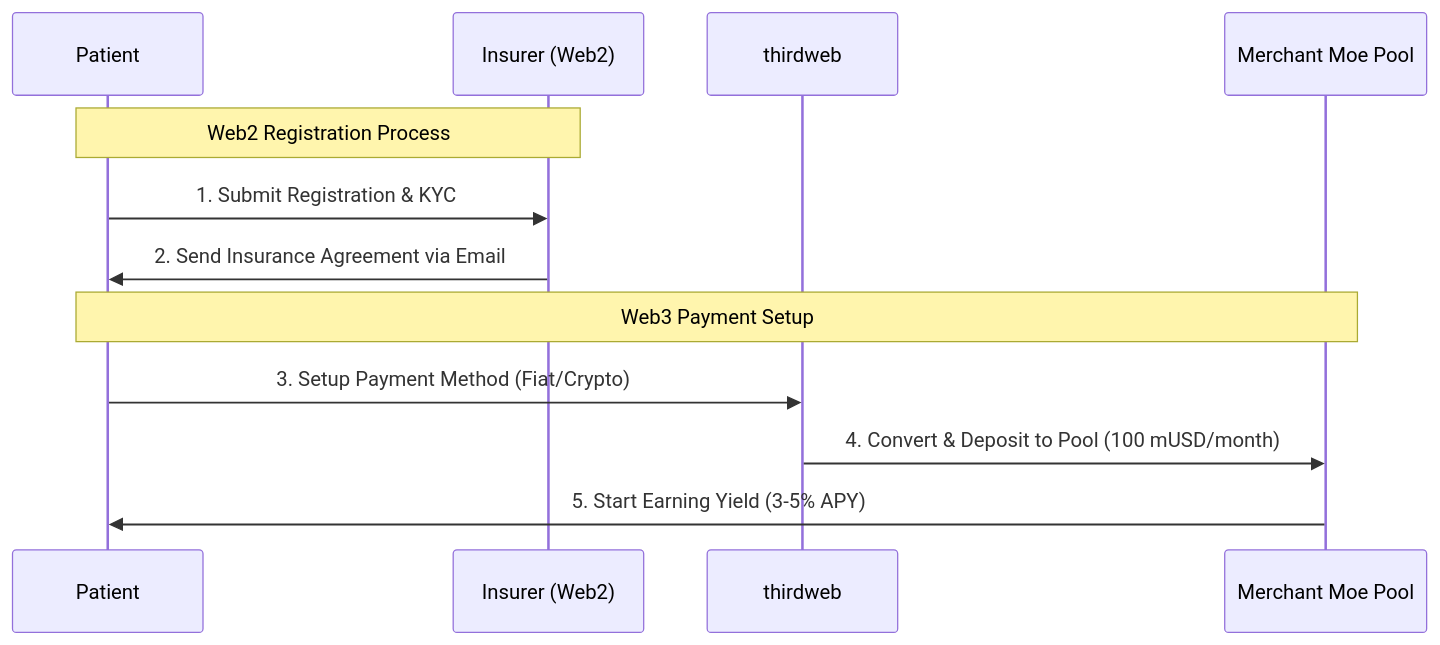
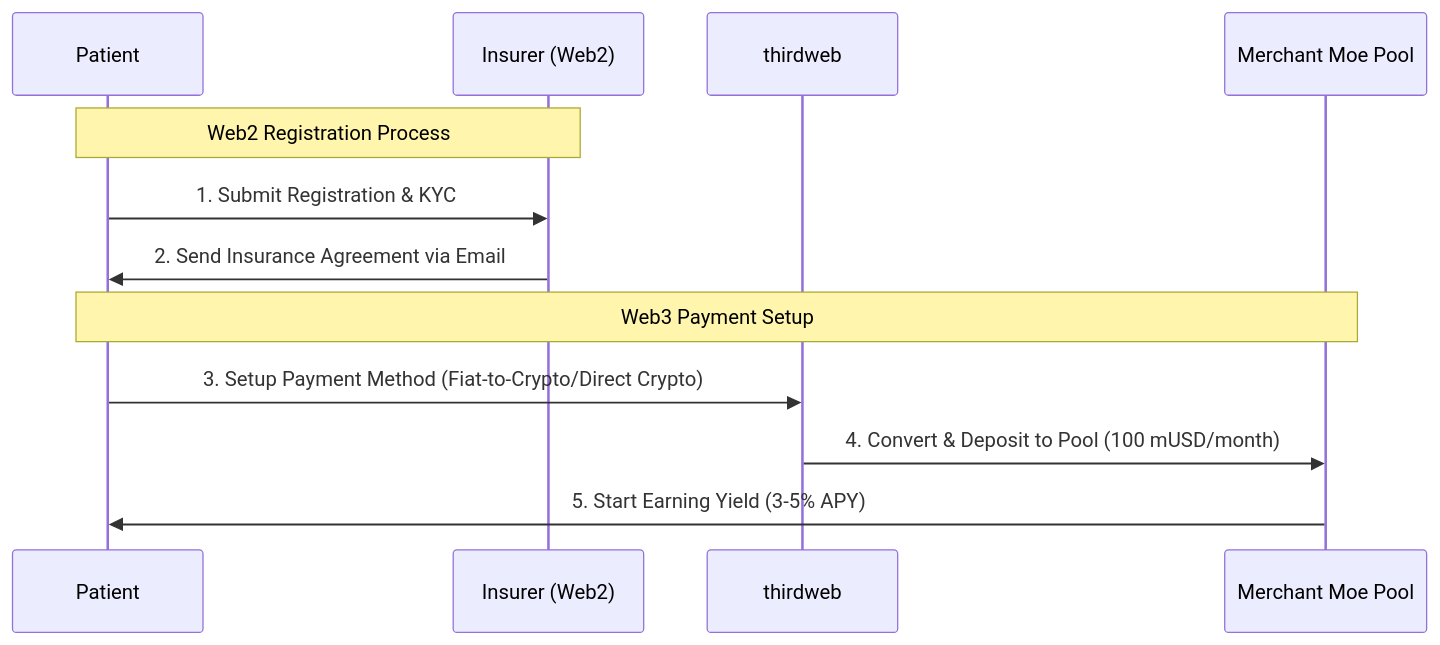
One commit to ppezzull/zkMed changed the first of 4 diagrams in memory-bank/projectbrief.md. Above: the diagram before and after it, drawn with Mermaid. The commit also changed other lines of this file and 4 other files, not shown here.

````diff
--- a/memory-bank/projectbrief.md
+++ b/memory-bank/projectbrief.md
@@ -36,16 +36,16 @@
 ```mermaid
 sequenceDiagram
     participant P as Patient
     participant I as Insurer (Web2)
     participant T as thirdweb
     participant LB as Merchant Moe Pool
     
     Note over P,I: Web2 Registration Process
     P->>I: 1. Submit Registration & KYC
     I->>P: 2. Send Insurance Agreement via Email
     
     Note over P,LB: Web3 Payment Setup
-    P->>T: 3. Setup Payment Method (Fiat/Crypto)
+    P->>T: 3. Setup Payment Method (Fiat-to-Crypto/Direct Crypto)
     T->>LB: 4. Convert & Deposit to Pool (100 mUSD/month)
     LB->>P: 5. Start Earning Yield (3-5% APY)
 ```
````
